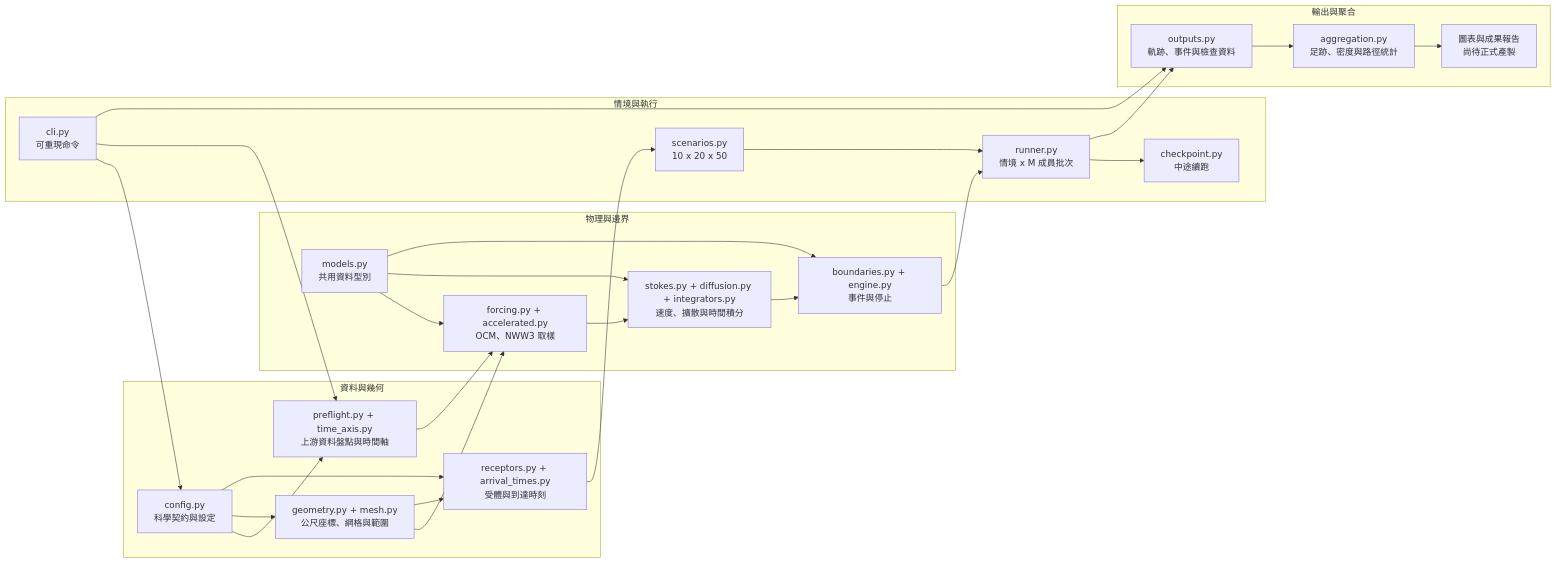
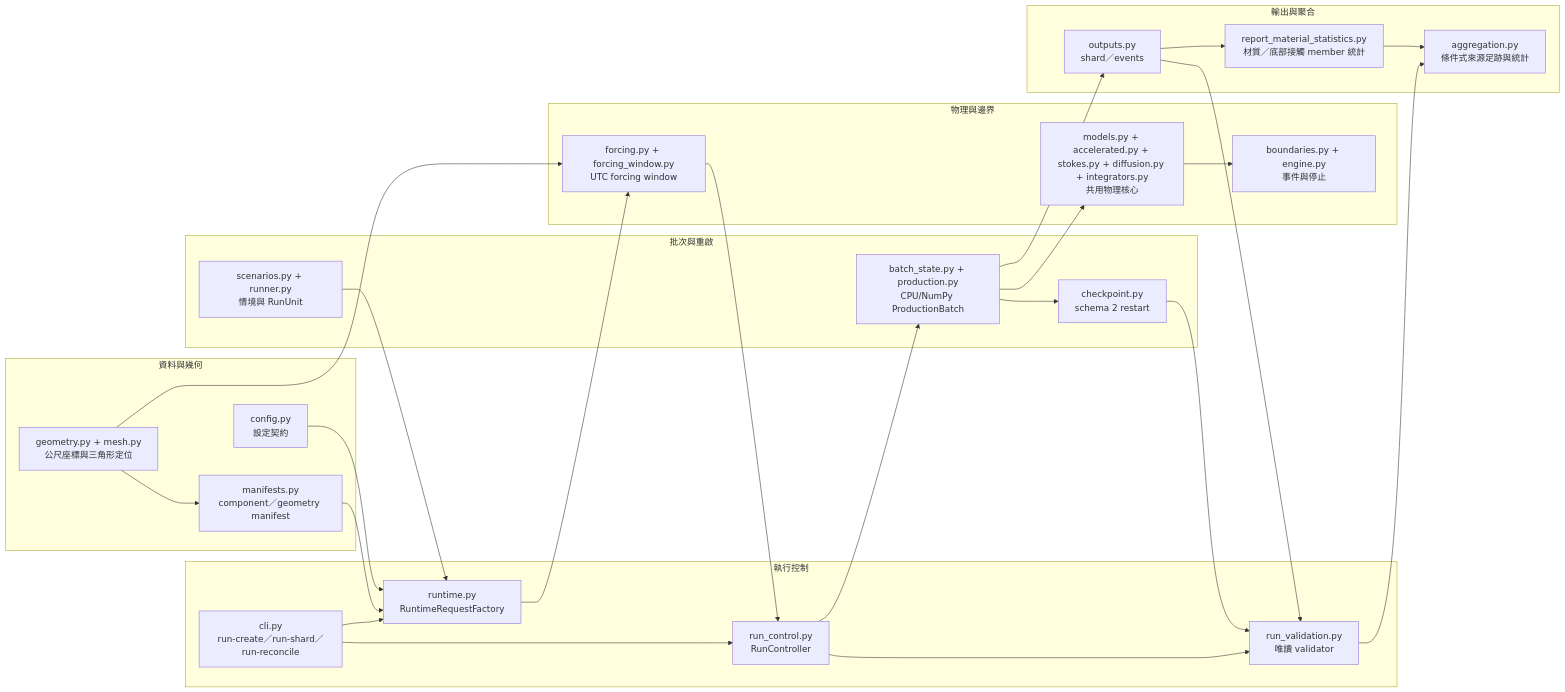
The first of 3 diagrams in docs/11_source_code_guide_and_plan_traceability.md (SpiderFang/Lagrangian-Ensemble-Backtracking), drawn with Mermaid before and after one commit. The commit also changed other lines of this file and 140 other files, not shown here.

````diff
--- a/docs/11_source_code_guide_and_plan_traceability.md
+++ b/docs/11_source_code_guide_and_plan_traceability.md
@@ -70,47 +93,49 @@
 ```mermaid
 flowchart LR
     subgraph A[資料與幾何]
-        CFG[config.py<br/>科學契約與設定]
-        PRE[preflight.py + time_axis.py<br/>上游資料盤點與時間軸]
-        GEO[geometry.py + mesh.py<br/>公尺座標、網格與範圍]
-        REC[receptors.py + arrival_times.py<br/>受體與到達時刻]
+        CFG[config.py<br/>設定契約]
+        MAN[manifests.py<br/>component／geometry manifest]
+        GEO[geometry.py + mesh.py<br/>公尺座標與三角形定位]
     end
     subgraph B[物理與邊界]
-        MOD[models.py<br/>共用資料型別]
-        FOR[forcing.py + accelerated.py<br/>OCM、NWW3 取樣]
-        PHY[stokes.py + diffusion.py + integrators.py<br/>速度、擴散與時間積分]
+        FOR[forcing.py + forcing_window.py<br/>UTC forcing window]
+        PHY[models.py + accelerated.py + stokes.py + diffusion.py + integrators.py<br/>共用物理核心]
         BND[boundaries.py + engine.py<br/>事件與停止]
     end
-    subgraph C[情境與執行]
-        SCN[scenarios.py<br/>10 x 20 x 50]
-        RUN[runner.py<br/>情境 x M 成員批次]
-        CKP[checkpoint.py<br/>中途續跑]
-        CLI[cli.py<br/>可重現命令]
+    subgraph C[批次與重啟]
+        SCN[scenarios.py + runner.py<br/>情境與 RunUnit]
+        PB[batch_state.py + production.py<br/>CPU/NumPy ProductionBatch]
+        CKP[checkpoint.py<br/>schema 2 restart]
     end
-    subgraph D[輸出與聚合]
-        OUT[outputs.py<br/>軌跡、事件與檢查資料]
-        AGG[aggregation.py<br/>足跡、密度與路徑統計]
-        FIG[圖表與成果報告<br/>尚待正式產製]
+    subgraph D[執行控制]
+        CLI[cli.py<br/>run-create／run-shard／run-reconcile]
+        RT[runtime.py<br/>RuntimeRequestFactory]
+        RC[run_control.py<br/>RunController]
+        VAL[run_validation.py<br/>唯讀 validator]
     end
-    CFG --> PRE
-    CFG --> GEO
-    CFG --> REC
-    PRE --> FOR
+    subgraph E[輸出與聚合]
+        OUT[outputs.py<br/>shard／events]
+        MAT[report_material_statistics.py<br/>材質／底部接觸 member 統計]
+        AGG[aggregation.py<br/>條件式來源足跡與統計]
+    end
+    CFG --> RT
+    MAN --> RT
+    CLI --> RT
+    CLI --> RC
+    SCN --> RT
+    RT --> FOR
+    FOR --> RC
+    RC --> PB
+    PB --> PHY
+    PHY --> BND
+    PB --> CKP
+    PB --> OUT
+    OUT --> MAT
+    CKP --> VAL
+    OUT --> VAL
+    RC --> VAL
+    MAT --> AGG
+    VAL --> AGG
     GEO --> FOR
-    GEO --> REC
-    REC --> SCN
-    MOD --> FOR
-    MOD --> PHY
-    MOD --> BND
-    FOR --> PHY
-    PHY --> BND
-    SCN --> RUN
-    BND --> RUN
-    RUN --> CKP
-    RUN --> OUT
-    OUT --> AGG
-    AGG --> FIG
-    CLI --> CFG
-    CLI --> PRE
-    CLI --> OUT
+    GEO --> MAN
 ```
````
